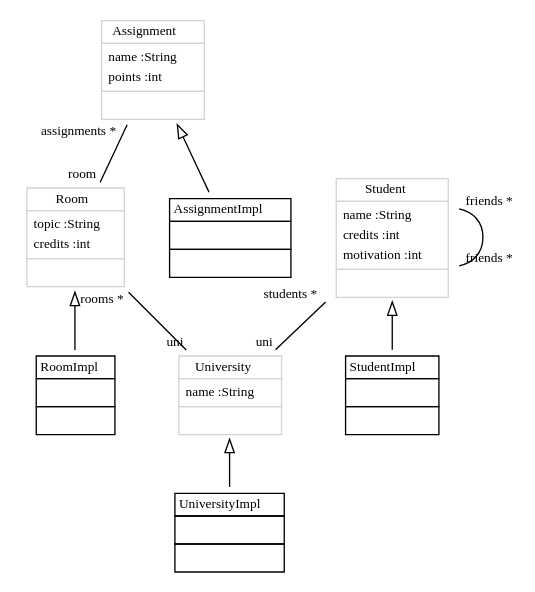
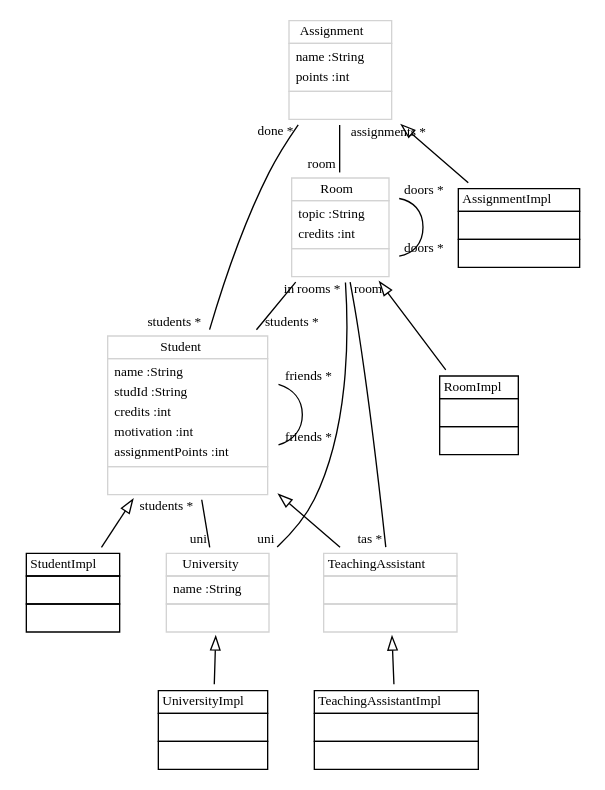
Before and after one commit to fujaba/SDMLib-EMF: the diagram in doc/SDMCodeEnhancerClassDiagram1.dot, drawn with Graphviz. The commit also changed 85 other files, not shown here.

```diff
--- a/doc/SDMCodeEnhancerClassDiagram1.dot
+++ b/doc/SDMCodeEnhancerClassDiagram1.dot
@@ -1,26 +1,34 @@
 
  digraph ClassDiagram {
     node [shape = none, fontsize = 10]; 
     edge [fontsize = 10];
     
     
     _University [label=<<table color='lightgrey' border='0' cellborder='1' cellspacing='0'> <tr> <td HREF="../emfsrc/org/sdmlib/examples/emfstudyright/EMFStudyRightModel/University.java">University</td> </tr> <tr><td><table border='0' cellborder='0' cellspacing='0'> <tr><td align='left'>name :String</td></tr>  </table></td></tr> <tr><td><table border='0' cellborder='0' cellspacing='0'> <tr><td> </td></tr> </table></td></tr> </table>>];
     _UniversityImpl [label=<<table border='0' cellborder='1' cellspacing='0'> <tr> <td HREF="../emfsrc/org/sdmlib/examples/emfstudyright/EMFStudyRightModel/impl/UniversityImpl.java">UniversityImpl</td> </tr> <tr><td><table border='0' cellborder='0' cellspacing='0'> <tr><td> </td></tr> </table></td></tr> <tr><td><table border='0' cellborder='0' cellspacing='0'> <tr><td> </td></tr> </table></td></tr> </table>>];
+    _Student [label=<<table color='lightgrey' border='0' cellborder='1' cellspacing='0'> <tr> <td HREF="../emfsrc/org/sdmlib/examples/emfstudyright/EMFStudyRightModel/Student.java">Student</td> </tr> <tr><td><table border='0' cellborder='0' cellspacing='0'> <tr><td align='left'>name :String</td></tr> <tr><td align='left'>studId :String</td></tr> <tr><td align='left'>credits :int</td></tr> <tr><td align='left'>motivation :int</td></tr> <tr><td align='left'>assignmentPoints :int</td></tr>  </table></td></tr> <tr><td><table border='0' cellborder='0' cellspacing='0'> <tr><td> </td></tr> </table></td></tr> </table>>];
+    _StudentImpl [label=<<table border='0' cellborder='1' cellspacing='0'> <tr> <td HREF="../emfsrc/org/sdmlib/examples/emfstudyright/EMFStudyRightModel/impl/StudentImpl.java">StudentImpl</td> </tr> <tr><td><table border='0' cellborder='0' cellspacing='0'> <tr><td> </td></tr> </table></td></tr> <tr><td><table border='0' cellborder='0' cellspacing='0'> <tr><td> </td></tr> </table></td></tr> </table>>];
+    _TeachingAssistant [label=<<table color='lightgrey' border='0' cellborder='1' cellspacing='0'> <tr> <td HREF="../emfsrc/org/sdmlib/examples/emfstudyright/EMFStudyRightModel/TeachingAssistant.java">TeachingAssistant</td> </tr> <tr><td><table border='0' cellborder='0' cellspacing='0'> <tr><td> </td></tr> </table></td></tr> <tr><td><table border='0' cellborder='0' cellspacing='0'> <tr><td> </td></tr> </table></td></tr> </table>>];
+    _TeachingAssistantImpl [label=<<table border='0' cellborder='1' cellspacing='0'> <tr> <td HREF="../emfsrc/org/sdmlib/examples/emfstudyright/EMFStudyRightModel/impl/TeachingAssistantImpl.java">TeachingAssistantImpl</td> </tr> <tr><td><table border='0' cellborder='0' cellspacing='0'> <tr><td> </td></tr> </table></td></tr> <tr><td><table border='0' cellborder='0' cellspacing='0'> <tr><td> </td></tr> </table></td></tr> </table>>];
     _Room [label=<<table color='lightgrey' border='0' cellborder='1' cellspacing='0'> <tr> <td HREF="../emfsrc/org/sdmlib/examples/emfstudyright/EMFStudyRightModel/Room.java">Room</td> </tr> <tr><td><table border='0' cellborder='0' cellspacing='0'> <tr><td align='left'>topic :String</td></tr> <tr><td align='left'>credits :int</td></tr>  </table></td></tr> <tr><td><table border='0' cellborder='0' cellspacing='0'> <tr><td> </td></tr> </table></td></tr> </table>>];
     _RoomImpl [label=<<table border='0' cellborder='1' cellspacing='0'> <tr> <td HREF="../emfsrc/org/sdmlib/examples/emfstudyright/EMFStudyRightModel/impl/RoomImpl.java">RoomImpl</td> </tr> <tr><td><table border='0' cellborder='0' cellspacing='0'> <tr><td> </td></tr> </table></td></tr> <tr><td><table border='0' cellborder='0' cellspacing='0'> <tr><td> </td></tr> </table></td></tr> </table>>];
     _Assignment [label=<<table color='lightgrey' border='0' cellborder='1' cellspacing='0'> <tr> <td HREF="../emfsrc/org/sdmlib/examples/emfstudyright/EMFStudyRightModel/Assignment.java">Assignment</td> </tr> <tr><td><table border='0' cellborder='0' cellspacing='0'> <tr><td align='left'>name :String</td></tr> <tr><td align='left'>points :int</td></tr>  </table></td></tr> <tr><td><table border='0' cellborder='0' cellspacing='0'> <tr><td> </td></tr> </table></td></tr> </table>>];
     _AssignmentImpl [label=<<table border='0' cellborder='1' cellspacing='0'> <tr> <td HREF="../emfsrc/org/sdmlib/examples/emfstudyright/EMFStudyRightModel/impl/AssignmentImpl.java">AssignmentImpl</td> </tr> <tr><td><table border='0' cellborder='0' cellspacing='0'> <tr><td> </td></tr> </table></td></tr> <tr><td><table border='0' cellborder='0' cellspacing='0'> <tr><td> </td></tr> </table></td></tr> </table>>];
-    _Student [label=<<table color='lightgrey' border='0' cellborder='1' cellspacing='0'> <tr> <td HREF="../emfsrc/org/sdmlib/examples/emfstudyright/EMFStudyRightModel/Student.java">Student</td> </tr> <tr><td><table border='0' cellborder='0' cellspacing='0'> <tr><td align='left'>name :String</td></tr> <tr><td align='left'>credits :int</td></tr> <tr><td align='left'>motivation :int</td></tr>  </table></td></tr> <tr><td><table border='0' cellborder='0' cellspacing='0'> <tr><td> </td></tr> </table></td></tr> </table>>];
-    _StudentImpl [label=<<table border='0' cellborder='1' cellspacing='0'> <tr> <td HREF="../emfsrc/org/sdmlib/examples/emfstudyright/EMFStudyRightModel/impl/StudentImpl.java">StudentImpl</td> </tr> <tr><td><table border='0' cellborder='0' cellspacing='0'> <tr><td> </td></tr> </table></td></tr> <tr><td><table border='0' cellborder='0' cellspacing='0'> <tr><td> </td></tr> </table></td></tr> </table>>];
     
     
     
+    _Student ->  _TeachingAssistant [dir = "back" arrowtail = "empty"];
     _University ->  _UniversityImpl [dir = "back" arrowtail = "empty"];
+    _Student ->  _StudentImpl [dir = "back" arrowtail = "empty"];
+    _TeachingAssistant ->  _TeachingAssistantImpl [dir = "back" arrowtail = "empty"];
     _Room ->  _RoomImpl [dir = "back" arrowtail = "empty"];
     _Assignment ->  _AssignmentImpl [dir = "back" arrowtail = "empty"];
-    _Student ->  _StudentImpl [dir = "back" arrowtail = "empty"];
     _Room -> _University [headlabel = "uni" taillabel = "rooms *" arrowhead = "none" ];
     _Student -> _University [headlabel = "uni" taillabel = "students *" arrowhead = "none" ];
+    _Room -> _Student [headlabel = "students *" taillabel = "in" arrowhead = "none" ];
+    _Student -> _Student [headlabel = "friends *" taillabel = "friends *" arrowhead = "none" ];
+    _Assignment -> _Student [headlabel = "students *" taillabel = "done *" arrowhead = "none" ];
+    _Room -> _TeachingAssistant [headlabel = "tas *" taillabel = "room" arrowhead = "none" ];
+    _Room -> _Room [headlabel = "doors *" taillabel = "doors *" arrowhead = "none" ];
     _Assignment -> _Room [headlabel = "room" taillabel = "assignments *" arrowhead = "none" ];
-    _Student -> _Student [headlabel = "friends *" taillabel = "friends *" arrowhead = "none" ];
 }
```
